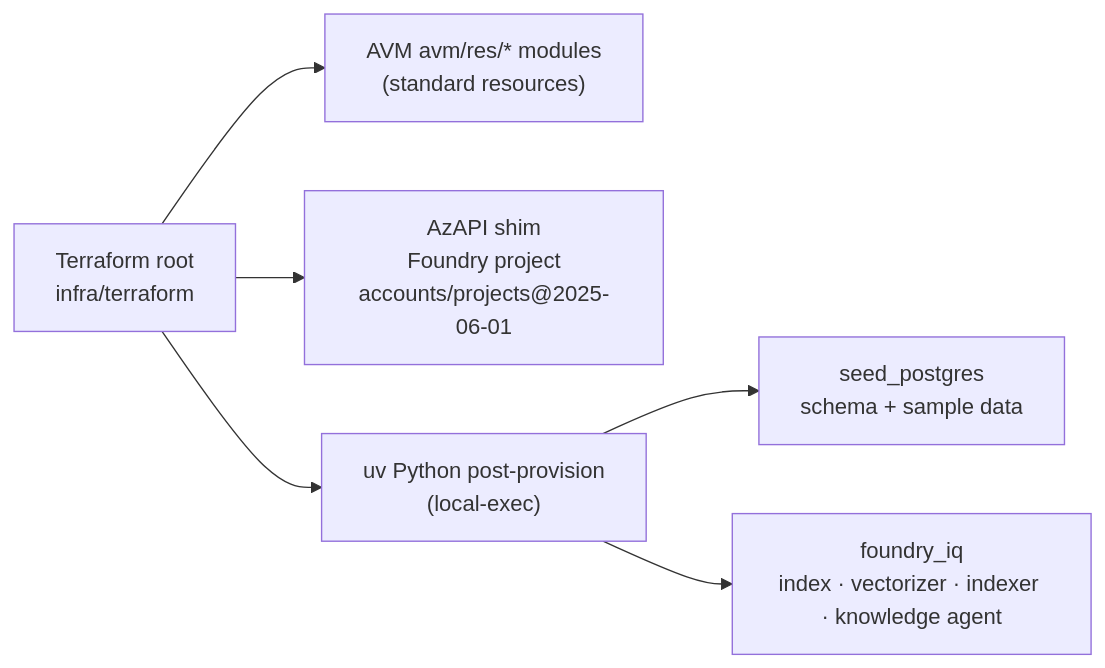
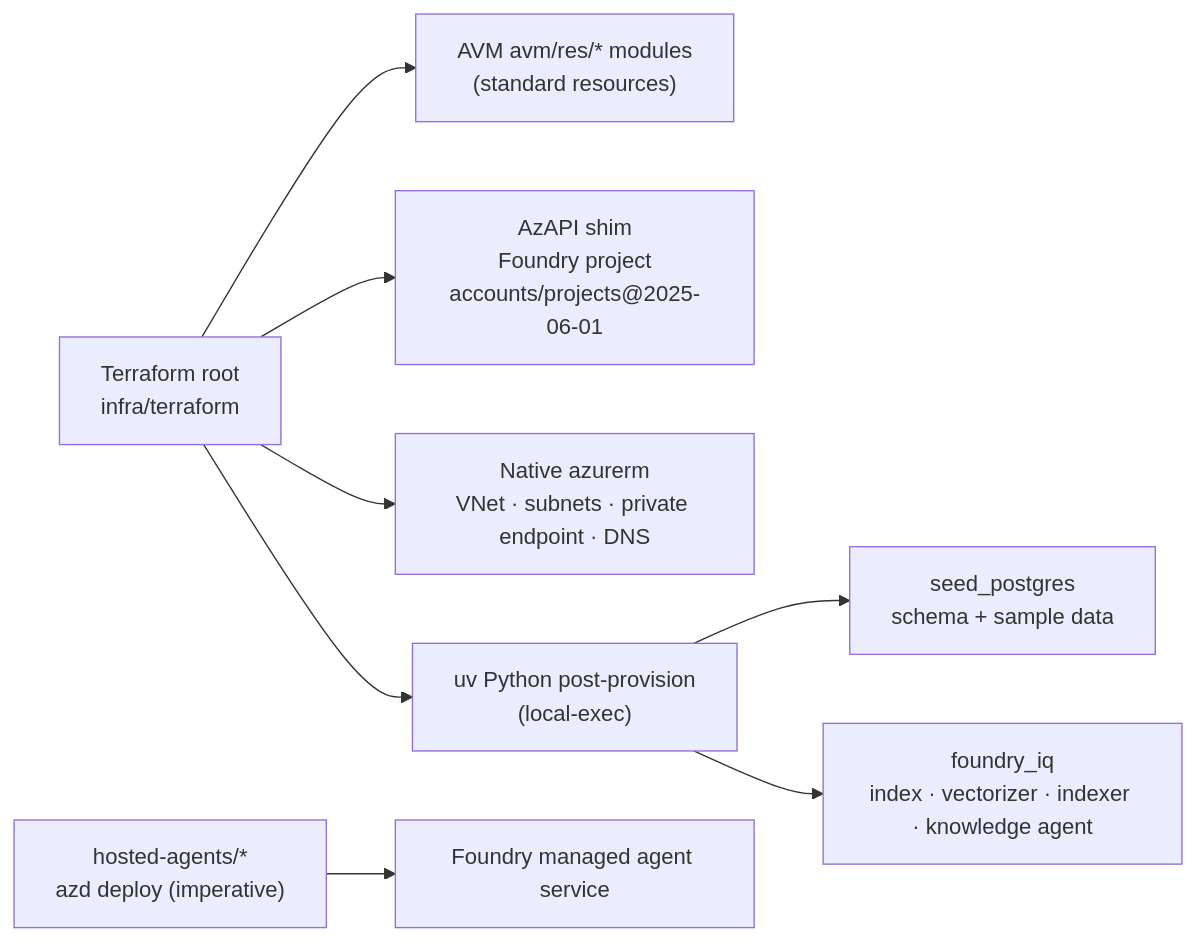
One commit to aionic/Go-Go-Gadget-Agents changed the second of 2 diagrams in docs/architecture.md. Above: the diagram before and after it, drawn with Mermaid. The commit also changed other lines of this file and 40 other files, not shown here.

First line of the commit message:
Add hosted Foundry agents + UI Responses orchestration; fix UI agent-invocation RBAC; docs refresh

````diff
--- a/docs/architecture.md
+++ b/docs/architecture.md
@@ -76,8 +93,10 @@
 ```mermaid
 flowchart LR
   TF["Terraform root<br/>infra/terraform"] --> AVM["AVM avm/res/* modules<br/>(standard resources)"]
   TF --> AZAPI["AzAPI shim<br/>Foundry project<br/>accounts/projects@2025-06-01"]
+  TF --> NET["Native azurerm<br/>VNet · subnets · private endpoint · DNS"]
   TF --> SCRIPTS["uv Python post-provision<br/>(local-exec)"]
   SCRIPTS --> SEED["seed_postgres<br/>schema + sample data"]
   SCRIPTS --> FIQ["foundry_iq<br/>index · vectorizer · indexer · knowledge agent"]
+  AGENTS["hosted-agents/*<br/>azd deploy (imperative)"] --> FOUNDRY["Foundry managed agent service"]
 ```
````
